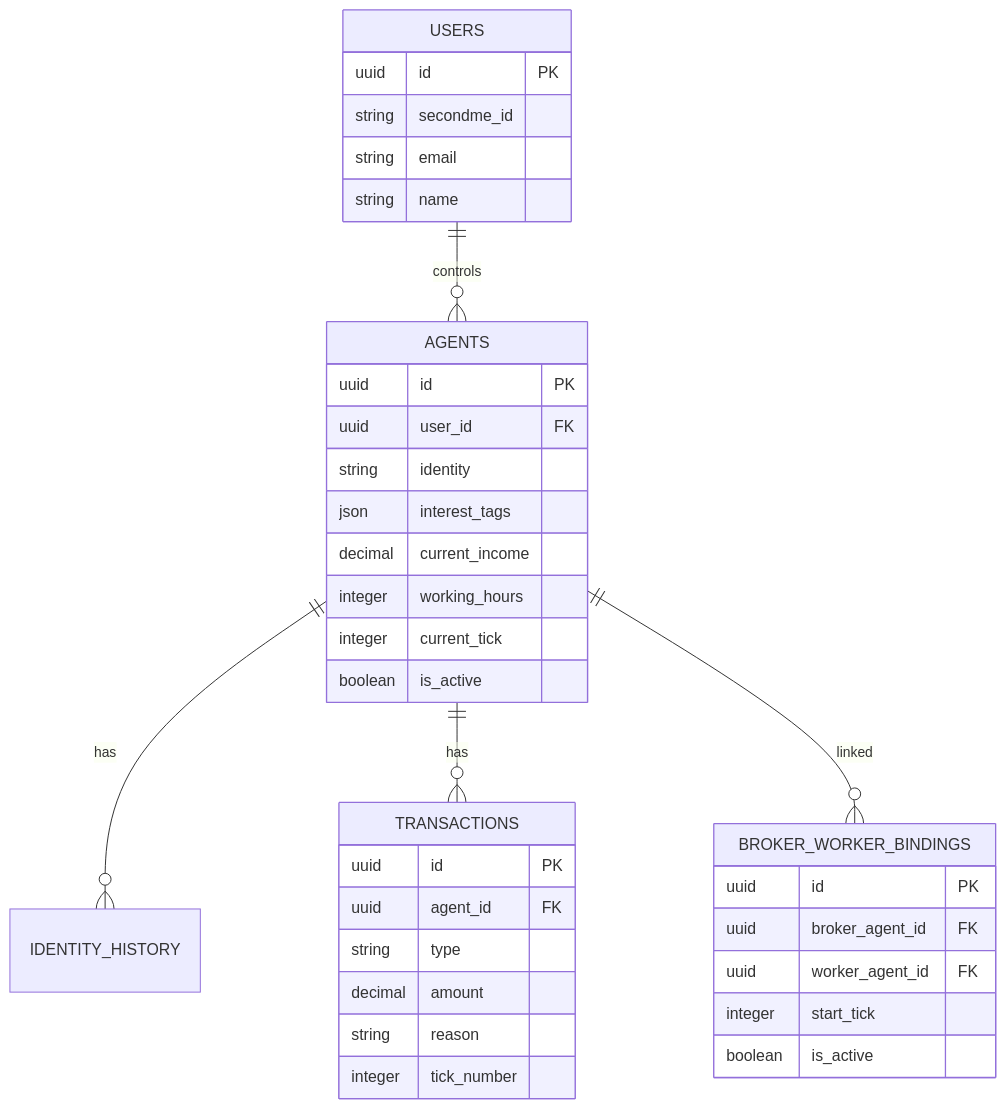
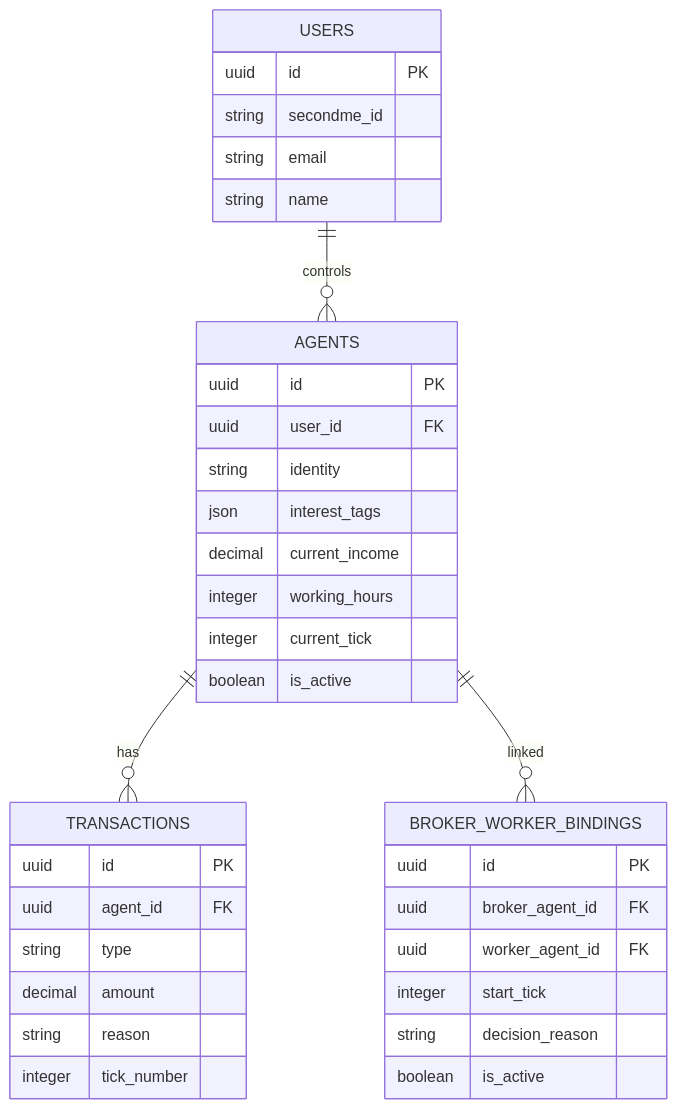
One commit to Terencesun/hackathon-202602 changed the fourth of 4 diagrams in .trae/documents/secondme-a2a-simulation-tech.md. Above: the diagram before and after it, drawn with Mermaid. The commit also changed other lines of this file and 9 other files, not shown here.

````diff
--- a/.trae/documents/secondme-a2a-simulation-tech.md
+++ b/.trae/documents/secondme-a2a-simulation-tech.md
@@ -178,42 +194,42 @@
 ```mermaid
 erDiagram
     USERS ||--o{ AGENTS : controls
-    AGENTS ||--o{ IDENTITY_HISTORY : has
     AGENTS ||--o{ TRANSACTIONS : has
     AGENTS ||--o{ BROKER_WORKER_BINDINGS : linked
     
     USERS {
         uuid id PK
         string secondme_id
         string email
         string name
     }
     
     AGENTS {
         uuid id PK
         uuid user_id FK
         string identity
         json interest_tags
         decimal current_income
         integer working_hours
         integer current_tick
         boolean is_active
     }
     
     TRANSACTIONS {
         uuid id PK
         uuid agent_id FK
         string type
         decimal amount
         string reason
         integer tick_number
     }
     
     BROKER_WORKER_BINDINGS {
         uuid id PK
         uuid broker_agent_id FK
         uuid worker_agent_id FK
         integer start_tick
+        string decision_reason
         boolean is_active
     }
 ```
````
